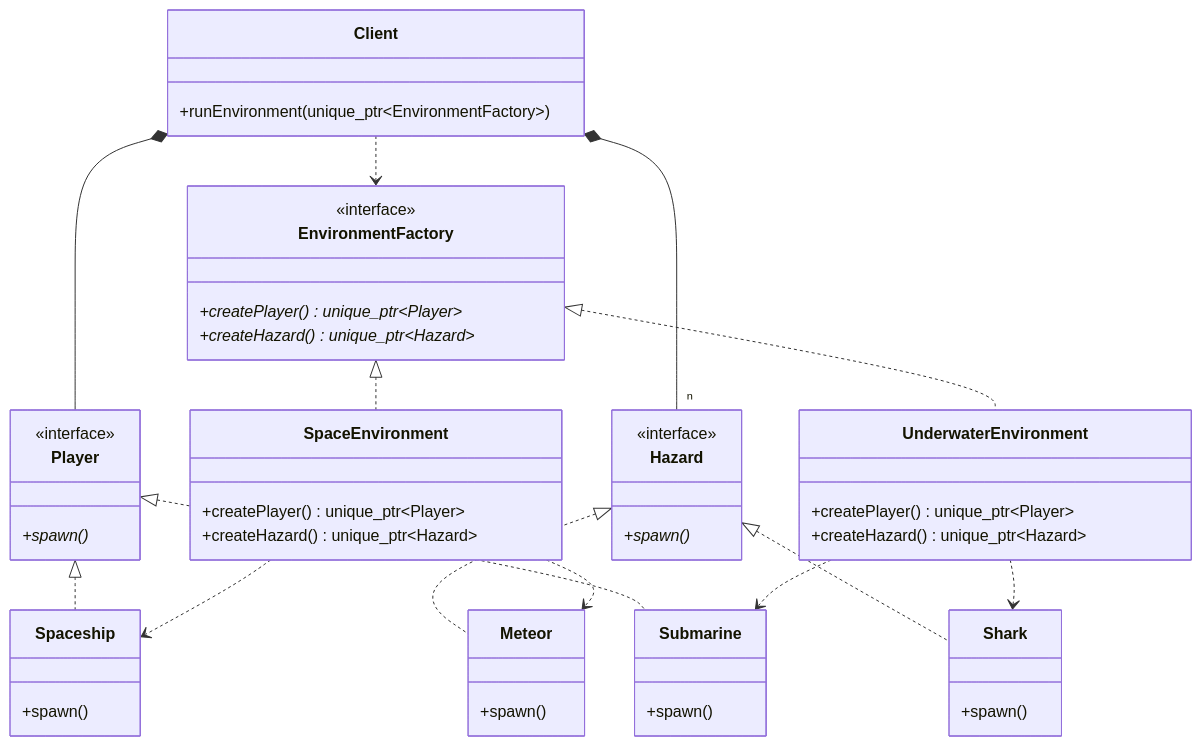
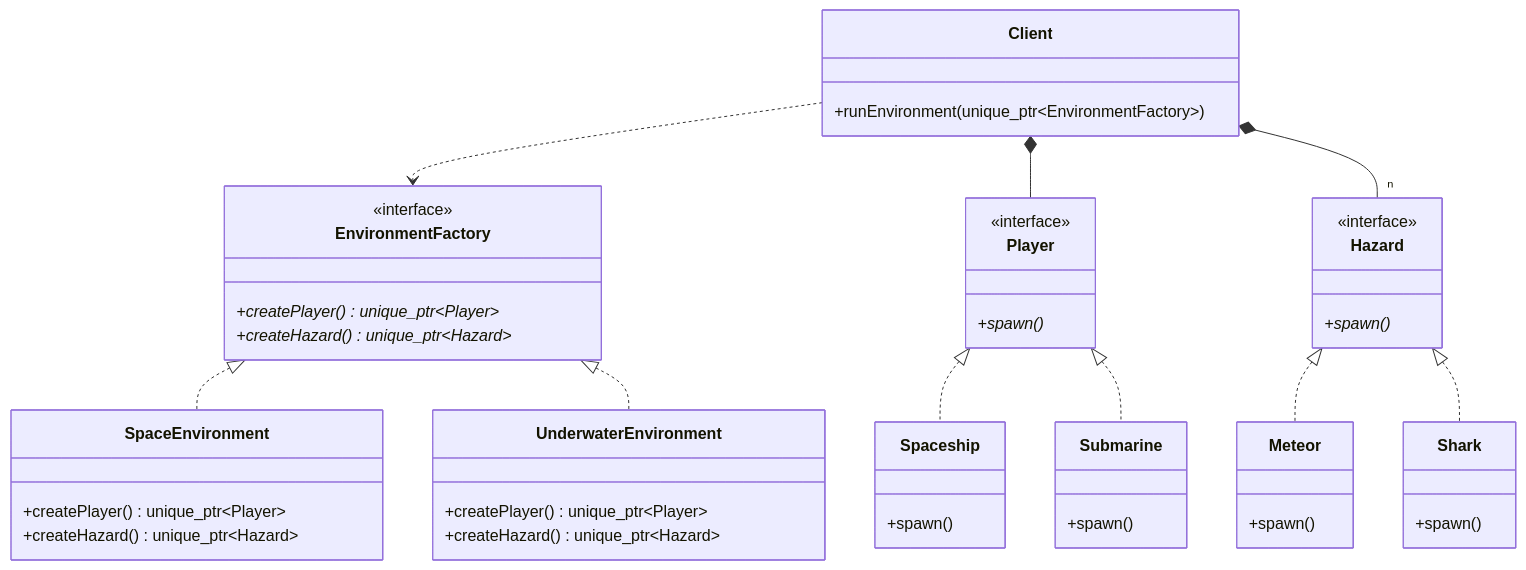
One commit to Cichlidfishexigency721/Modern-CPP-Design-Patterns changed the diagram in 03_AbstractFactoryMethod/README.md. Above: the diagram before and after it, drawn with Mermaid. The commit also changed 1 other file, not shown here.

Commit message:
UML improvement

````diff
--- a/03_AbstractFactoryMethod/README.md
+++ b/03_AbstractFactoryMethod/README.md
@@ -46,57 +46,57 @@
 ```mermaid
 classDiagram
     class Player {
         <<interface>>
         +spawn()*
     }
     class Hazard {
         <<interface>>
         +spawn()*
     }
 
     class Spaceship { +spawn() }
     class Meteor { +spawn() }
     class Submarine { +spawn() }
     class Shark { +spawn() }
 
     class EnvironmentFactory {
         <<interface>>
         +createPlayer()* unique_ptr~Player~
         +createHazard()* unique_ptr~Hazard~
     }
 
     class SpaceEnvironment {
         +createPlayer() unique_ptr~Player~
         +createHazard() unique_ptr~Hazard~
     }
 
     class UnderwaterEnvironment {
         +createPlayer() unique_ptr~Player~
         +createHazard() unique_ptr~Hazard~
     }
 
     class Client {
         +runEnvironment(unique_ptr~EnvironmentFactory~)
     }
 
     %% Inheritance Relationships
     Player <|.. Spaceship
     Player <|.. Submarine
     Hazard <|.. Meteor
     Hazard <|.. Shark
 
     EnvironmentFactory <|.. SpaceEnvironment
     EnvironmentFactory <|.. UnderwaterEnvironment
 
     %% Creation Dependencies (The Families)
-    SpaceEnvironment ..> Spaceship
-    SpaceEnvironment ..> Meteor
+    %%SpaceEnvironment ..> Spaceship
+    %%SpaceEnvironment ..> Meteor
     
-    UnderwaterEnvironment ..> Submarine
-    UnderwaterEnvironment ..> Shark
+    %%UnderwaterEnvironment ..> Submarine
+    %%UnderwaterEnvironment ..> Shark
 
     %% Client interacting with abstractions
     Client ..> EnvironmentFactory
     Client *-- Player
     Client *-- "n" Hazard
 ```
````
